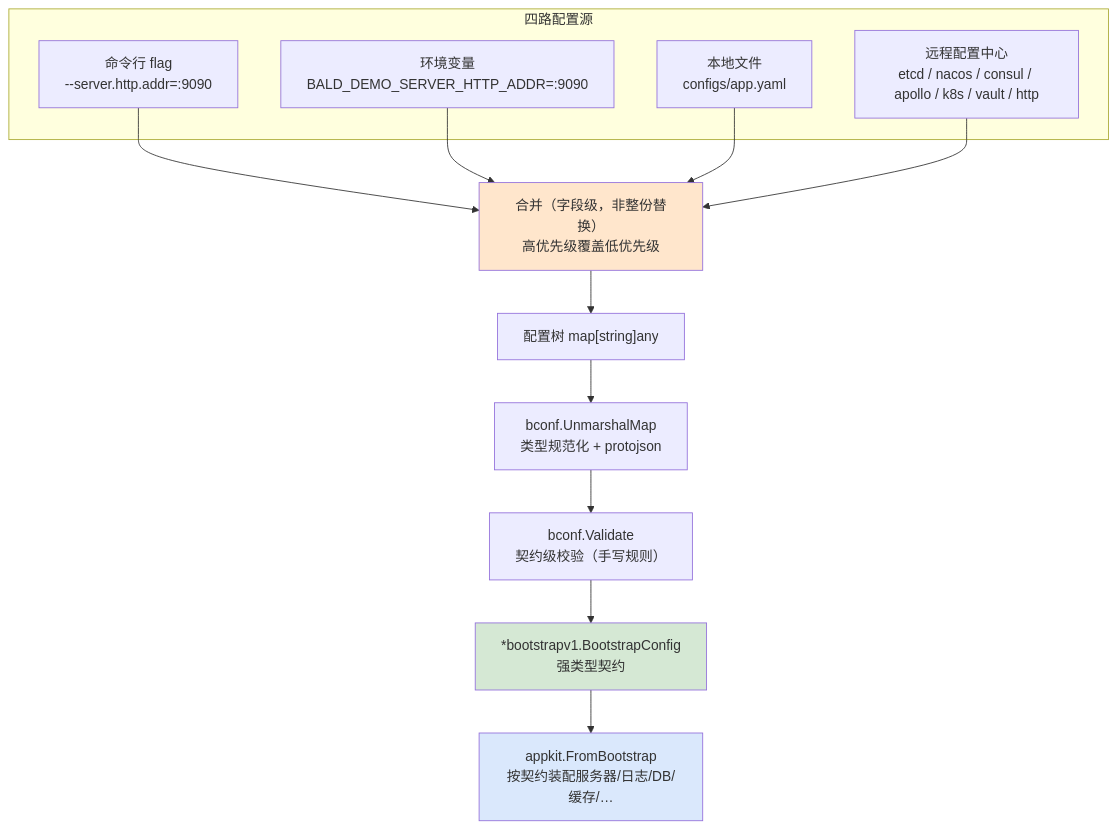
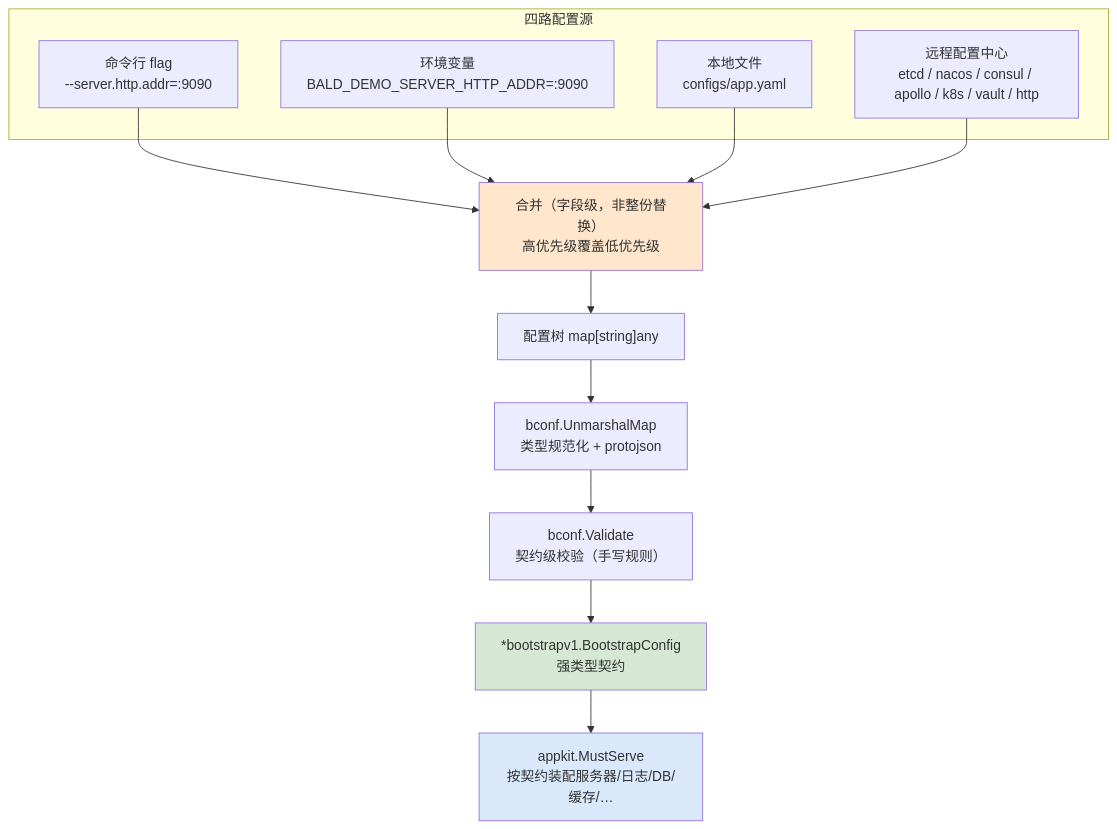
One commit to kalandramo/bald changed the diagram in docs/guide/zh-CN/Bald 配置系统.md. Above: the diagram before and after it, drawn with Mermaid. The commit also changed other lines of this file and 15 other files, not shown here.

````diff
--- a/docs/guide/zh-CN/Bald 配置系统.md
+++ b/docs/guide/zh-CN/Bald 配置系统.md
@@ -34,25 +44,25 @@
 ```mermaid
 graph TB
     subgraph sources["四路配置源"]
         F["命令行 flag<br/>--server.http.addr=:9090"]
         E["环境变量<br/>BALD_DEMO_SERVER_HTTP_ADDR=:9090"]
         L["本地文件<br/>configs/app.yaml"]
         R["远程配置中心<br/>etcd / nacos / consul / apollo / k8s / vault / http"]
     end
 
     F --> M
     E --> M
     L --> M
     R --> M
 
     M["合并（字段级，非整份替换）<br/>高优先级覆盖低优先级"] --> T["配置树 map[string]any"]
     T --> U["bconf.UnmarshalMap<br/>类型规范化 + protojson"]
     U --> V["bconf.Validate<br/>契约级校验（手写规则）"]
     V --> C["*bootstrapv1.BootstrapConfig<br/>强类型契约"]
 
-    C --> W["appkit.FromBootstrap<br/>按契约装配服务器/日志/DB/缓存/…"]
+    C --> W["appkit.MustServe<br/>按契约装配服务器/日志/DB/缓存/…"]
 
     style M fill:#ffe6cc
     style C fill:#d5e8d4
     style W fill:#dae8fc
 ```
````
